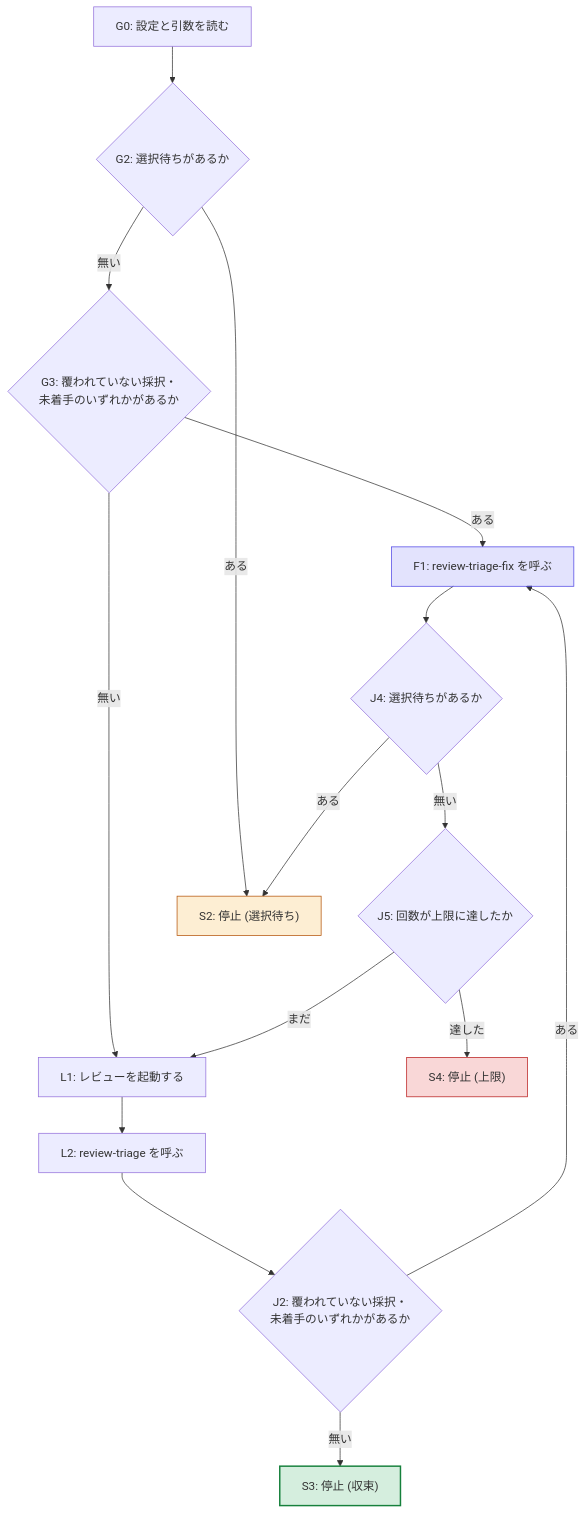
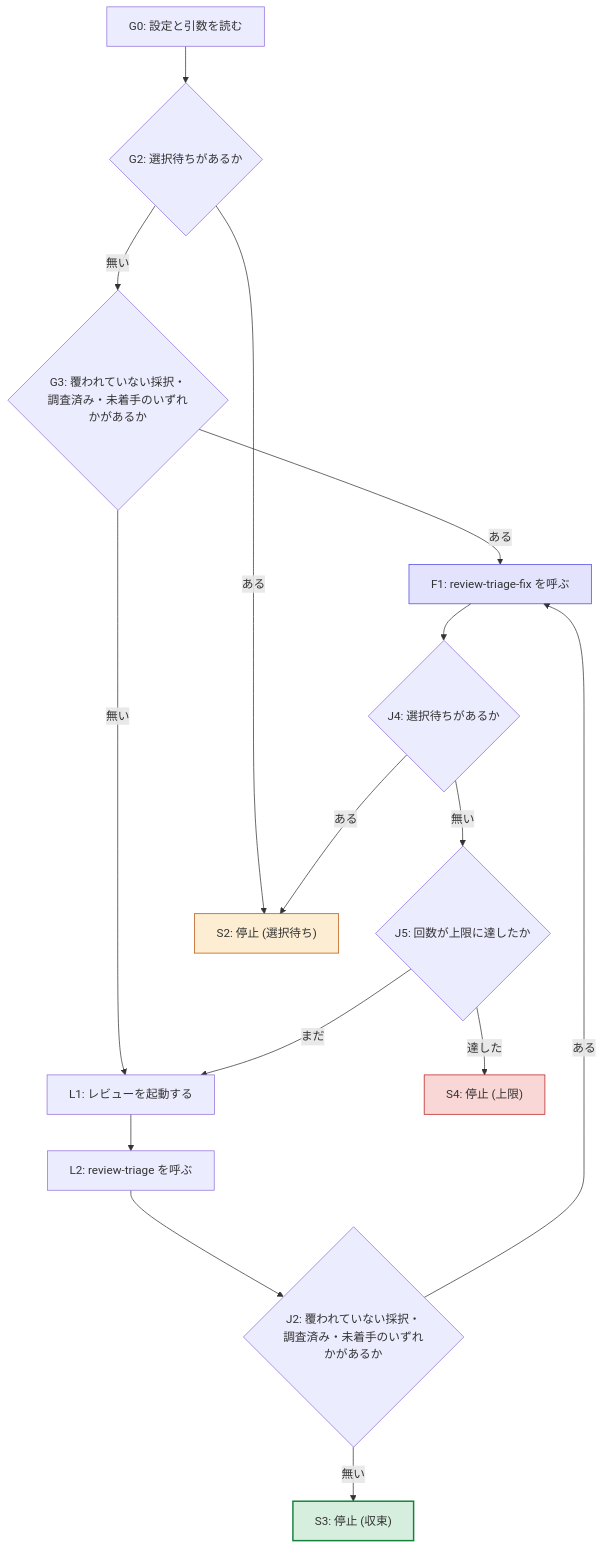
Before and after one commit to akm/claude-plugins: the diagram in review-triage/skills/review-triage-loop/references/loop-flow.md, drawn with Mermaid. The commit also changed other lines of this file and 4 other files, not shown here.

````diff
--- a/review-triage/skills/review-triage-loop/references/loop-flow.md
+++ b/review-triage/skills/review-triage-loop/references/loop-flow.md
@@ -19,35 +19,35 @@
 ```mermaid
 flowchart TD
   G0["G0: 設定と引数を読む"]
   G2{"G2: 選択待ちがあるか"}
-  G3{"G3: 覆われていない採択・未着手のいずれかがあるか"}
+  G3{"G3: 覆われていない採択・調査済み・未着手のいずれかがあるか"}
   L1["L1: レビューを起動する"]
   L2["L2: review-triage を呼ぶ"]
-  J2{"J2: 覆われていない採択・未着手のいずれかがあるか"}
+  J2{"J2: 覆われていない採択・調査済み・未着手のいずれかがあるか"}
   F1["F1: review-triage-fix を呼ぶ"]
   J4{"J4: 選択待ちがあるか"}
   J5{"J5: 回数が上限に達したか"}
   S2["S2: 停止 (選択待ち)"]
   S3["S3: 停止 (収束)"]
   S4["S4: 停止 (上限)"]
 
   G0 --> G2
   G2 -- ある --> S2
   G2 -- 無い --> G3
   G3 -- ある --> F1
   G3 -- 無い --> L1
   L1 --> L2
   L2 --> J2
   J2 -- ある --> F1
   J2 -- 無い --> S3
   F1 --> J4
   J4 -- ある --> S2
   J4 -- 無い --> J5
   J5 -- 達した --> S4
   J5 -- まだ --> L1
 
   style S2 fill:#f59e0b2e,stroke:#b45309
   style S3 fill:#16a34a2e,stroke:#16803c,stroke-width:2px
   style S4 fill:#dc26262e,stroke:#b91c1c
   style F1 fill:#6366f12e,stroke:#4f46e5
 ```
````
